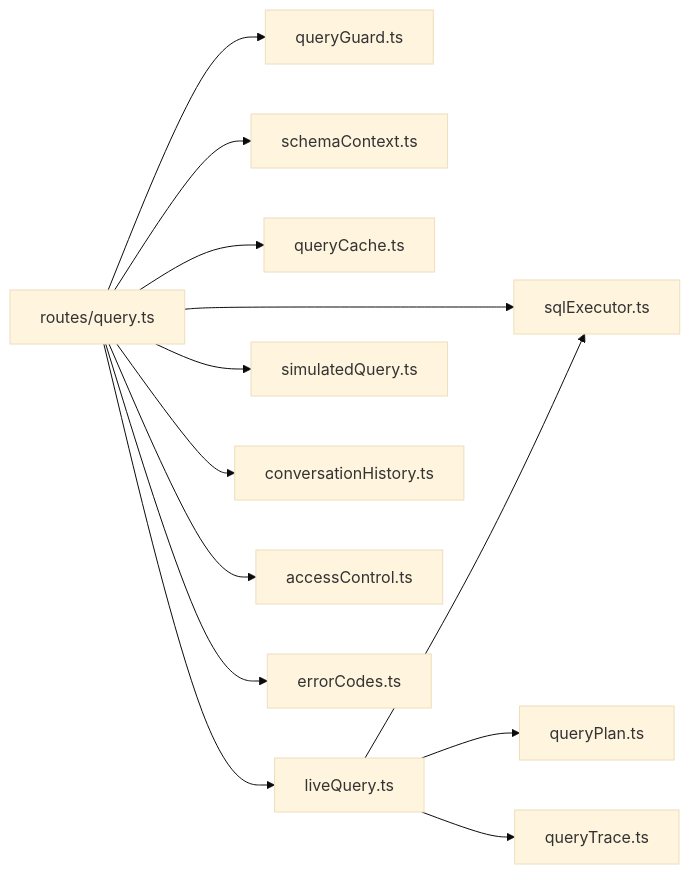
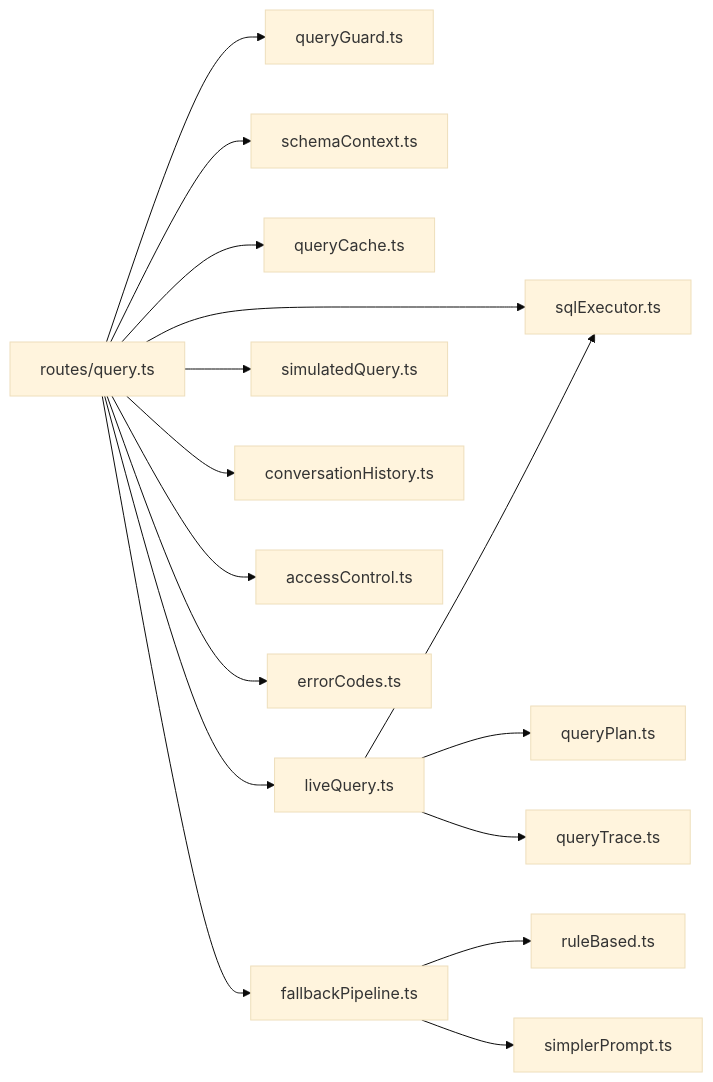
Before and after one commit to dgjin/smart-data-analytics: the sixth of 6 diagrams in .qoder/repowiki/zh/content/API参考/查询API/自然语言查询接口.md, drawn with Mermaid (base theme). The commit also changed other lines of this file and 10 other files, not shown here.

````diff
--- a/.qoder/repowiki/zh/content/API参考/查询API/自然语言查询接口.md
+++ b/.qoder/repowiki/zh/content/API参考/查询API/自然语言查询接口.md
@@ -289,15 +376,18 @@
 ```mermaid
 graph LR
 Route["routes/query.ts"] --> Guard["queryGuard.ts"]
 Route --> Schema["schemaContext.ts"]
 Route --> Cache["queryCache.ts"]
 Route --> Live["liveQuery.ts"]
 Route --> Sim["simulatedQuery.ts"]
 Route --> Hist["conversationHistory.ts"]
 Route --> Exec["sqlExecutor.ts"]
 Route --> ACL["accessControl.ts"]
 Route --> Err["errorCodes.ts"]
+Route --> Fallback["fallbackPipeline.ts"]
 Live --> Exec
 Live --> Plan["queryPlan.ts"]
 Live --> Trace["queryTrace.ts"]
+Fallback --> Rule["ruleBased.ts"]
+Fallback --> Prompt["simplerPrompt.ts"]
 ```
````
